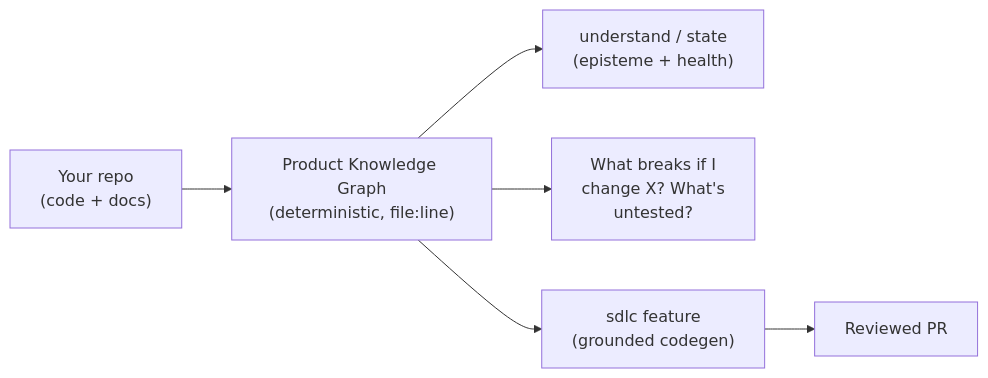
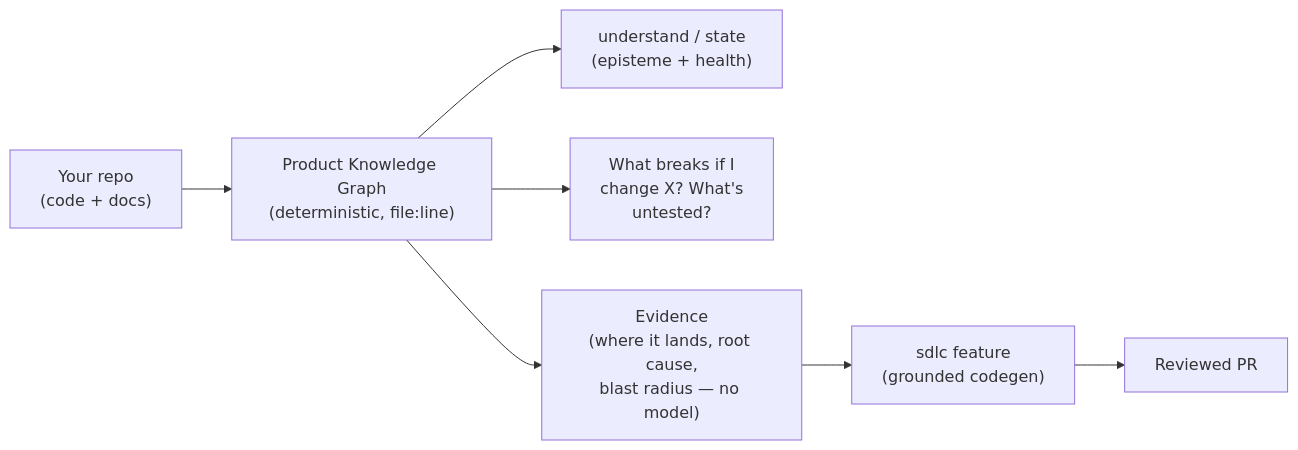
The diagram in README.md (synaptixs/spine), drawn with Mermaid before and after one commit. The commit also changed other lines of this file, not shown here.

````diff
--- a/README.md
+++ b/README.md
@@ -27,14 +27,16 @@
 ```mermaid
 flowchart LR
     repo["Your repo<br/>(code + docs)"]
     pkg["Product Knowledge Graph<br/>(deterministic, file:line)"]
     know["understand / state<br/>(episteme + health)"]
     ask["What breaks if I<br/>change X? What's<br/>untested?"]
+    ev["Evidence<br/>(where it lands, root cause,<br/>blast radius — no model)"]
     build["sdlc feature<br/>(grounded codegen)"]
     pr["Reviewed PR"]
     repo --> pkg
     pkg --> know
     pkg --> ask
-    pkg --> build
+    pkg --> ev
+    ev --> build
     build --> pr
 ```
````
